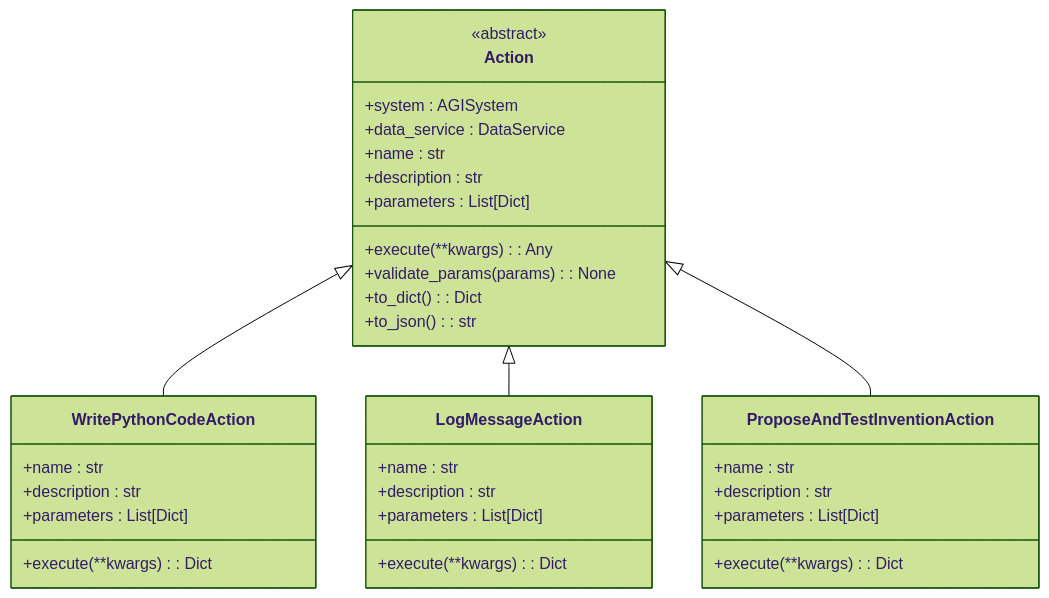
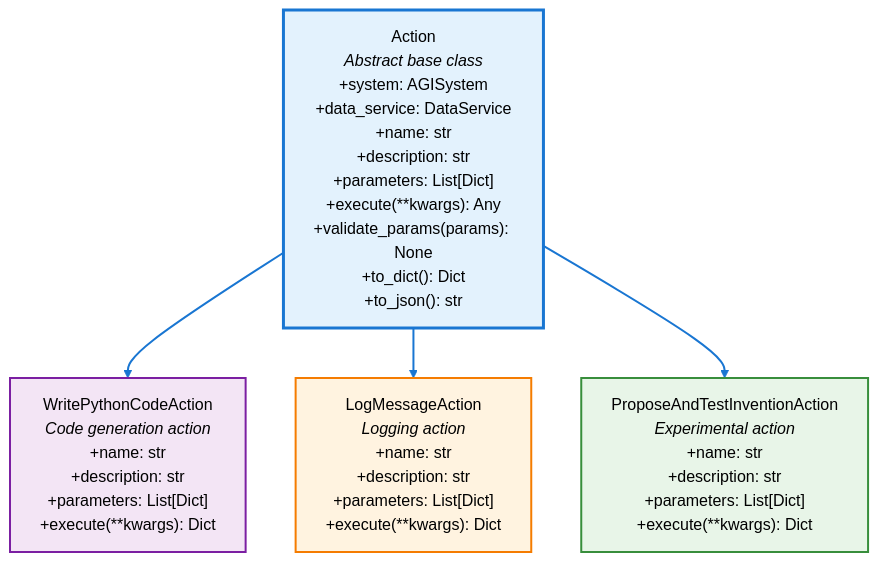
One commit to Likhithsai2580/RAVANA-WIKI changed the second of 7 diagrams in docs/API Reference/Action System API.md. Above: the diagram before and after it, drawn with Mermaid (forest theme). The commit also changed other lines of this file and 15 other files, not shown here.

Commit message:
fix mermaid diagrams

````diff
--- a/docs/API Reference/Action System API.md
+++ b/docs/API Reference/Action System API.md
@@ -120,36 +106,25 @@
 ```mermaid
-classDiagram
-class Action {
-<<abstract>>
-+system : AGISystem
-+data_service : DataService
-+name : str
-+description : str
-+parameters : List[Dict]
-+execute(**kwargs) : Any
-+validate_params(params) : None
-+to_dict() : Dict
-+to_json() : str
-}
-class WritePythonCodeAction {
-+name : str
-+description : str
-+parameters : List[Dict]
-+execute(**kwargs) : Dict
-}
-class LogMessageAction {
-+name : str
-+description : str
-+parameters : List[Dict]
-+execute(**kwargs) : Dict
-}
-class ProposeAndTestInventionAction {
-+name : str
-+description : str
-+parameters : List[Dict]
-+execute(**kwargs) : Dict
-}
-Action <|-- WritePythonCodeAction
-Action <|-- LogMessageAction
-Action <|-- ProposeAndTestInventionAction
+flowchart TD
+    Action["Action<br/><i>Abstract base class</i><br/>+system: AGISystem<br/>+data_service: DataService<br/>+name: str<br/>+description: str<br/>+parameters: List[Dict]<br/>+execute(**kwargs): Any<br/>+validate_params(params): None<br/>+to_dict(): Dict<br/>+to_json(): str"]
+    
+    WritePythonCodeAction["WritePythonCodeAction<br/><i>Code generation action</i><br/>+name: str<br/>+description: str<br/>+parameters: List[Dict]<br/>+execute(**kwargs): Dict"]
+    
+    LogMessageAction["LogMessageAction<br/><i>Logging action</i><br/>+name: str<br/>+description: str<br/>+parameters: List[Dict]<br/>+execute(**kwargs): Dict"]
+    
+    ProposeAndTestInventionAction["ProposeAndTestInventionAction<br/><i>Experimental action</i><br/>+name: str<br/>+description: str<br/>+parameters: List[Dict]<br/>+execute(**kwargs): Dict"]
+    
+    Action --> WritePythonCodeAction
+    Action --> LogMessageAction
+    Action --> ProposeAndTestInventionAction
+    
+    %% Styling
+    style Action fill:#e3f2fd,stroke:#1976d2,stroke-width:3px,color:#000
+    style WritePythonCodeAction fill:#f3e5f5,stroke:#7b1fa2,stroke-width:2px,color:#000
+    style LogMessageAction fill:#fff3e0,stroke:#f57c00,stroke-width:2px,color:#000
+    style ProposeAndTestInventionAction fill:#e8f5e8,stroke:#388e3c,stroke-width:2px,color:#000
+    
+    %% Link styling
+    linkStyle 0 stroke:#1976d2,stroke-width:2px
+    linkStyle 1 stroke:#1976d2,stroke-width:2px
+    linkStyle 2 stroke:#1976d2,stroke-width:2px
 ```
````
